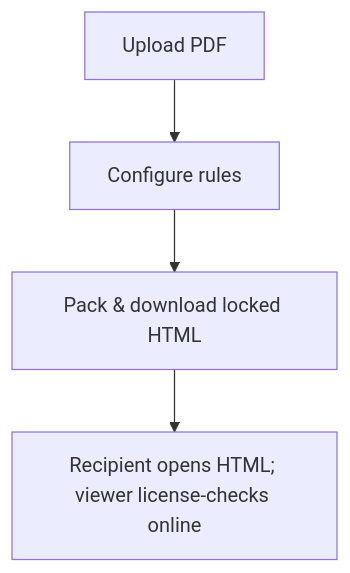
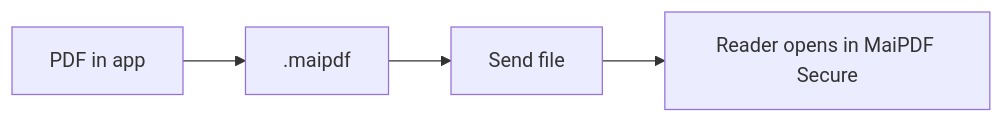
The diagram in src/content/blog/en/how-to-create-offline-pdf-package-guide.md (mythenigma/cloudflareAstro), drawn with Mermaid before and after one commit. The commit also changed other lines of this file and 38 other files, not shown here.

````diff
--- a/src/content/blog/en/how-to-create-offline-pdf-package-guide.md
+++ b/src/content/blog/en/how-to-create-offline-pdf-package-guide.md
@@ -14,6 +16,6 @@
 ```mermaid
-flowchart TD
-  A[Upload PDF] --> B[Configure rules]
-  B --> C[Pack & download locked HTML]
-  C --> D[Recipient opens HTML; viewer license-checks online]
+flowchart LR
+  A[PDF in app] --> B[.maipdf]
+  B --> C[Send file]
+  C --> D[Reader opens in MaiPDF Secure]
 ```
````
